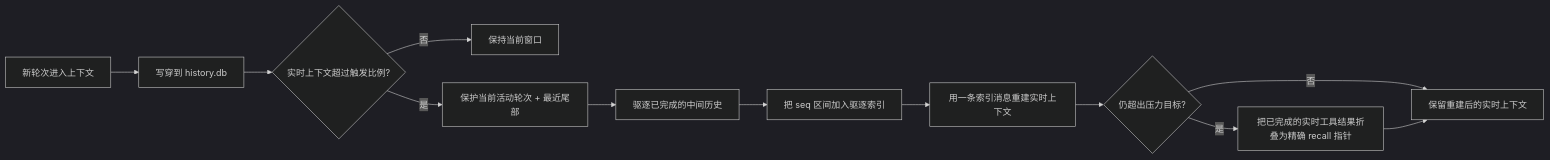
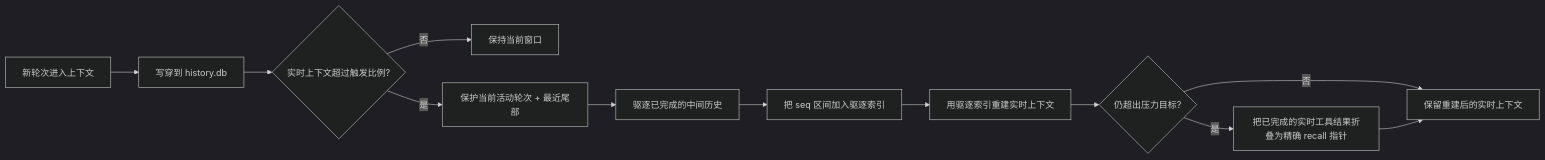
One commit to agentscope-ai/QwenPaw changed the diagram in website/public/docs/context.zh.md. Above: the diagram before and after it, drawn with Mermaid (dark theme). The commit also changed other lines of this file and 11 other files, not shown here.

````diff
--- a/website/public/docs/context.zh.md
+++ b/website/public/docs/context.zh.md
@@ -25,14 +25,14 @@
 ```mermaid
 flowchart LR
     A[新轮次进入上下文] --> B[写穿到 history.db]
     B --> C{实时上下文超过触发比例?}
     C -->|否| D[保持当前窗口]
     C -->|是| E[保护当前活动轮次 + 最近尾部]
     E --> F[驱逐已完成的中间历史]
     F --> G[把 seq 区间加入驱逐索引]
-    G --> H[用一条索引消息重建实时上下文]
+    G --> H[用驱逐索引重建实时上下文]
     H --> I{仍超出压力目标?}
     I -->|是| J[把已完成的实时工具结果折叠为精确 recall 指针]
     I -->|否| K[保留重建后的实时上下文]
     J --> K
 ```
````
